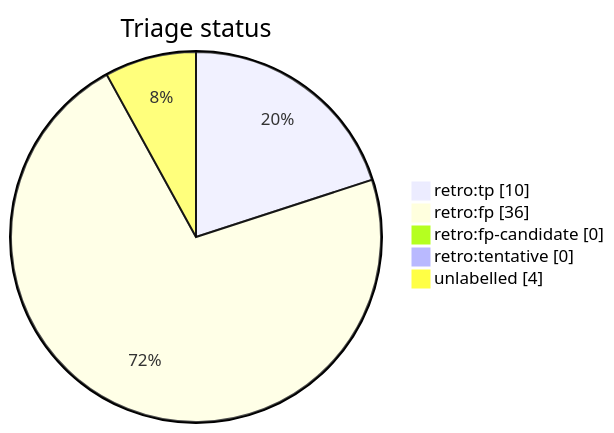
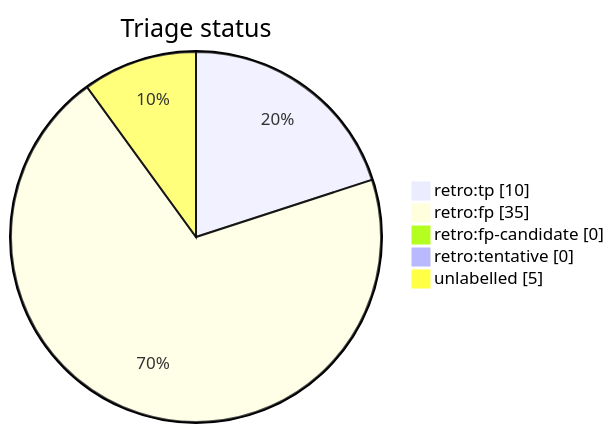
The diagram in docs/generated/scripts/auto-retro-triage-report.md (tvna/claude-md), drawn with Mermaid before and after one commit. The commit also changed other lines of this file, not shown here.

First line of the commit message:
chore(auto-retro): refresh triage report (#1042)

````diff
--- a/docs/generated/scripts/auto-retro-triage-report.md
+++ b/docs/generated/scripts/auto-retro-triage-report.md
@@ -18,9 +18,9 @@
 ```mermaid
 pie showData
     title Triage status
     "retro:tp" : 10
-    "retro:fp" : 36
+    "retro:fp" : 35
     "retro:fp-candidate" : 0
     "retro:tentative" : 0
-    "unlabelled" : 4
+    "unlabelled" : 5
 ```
````
